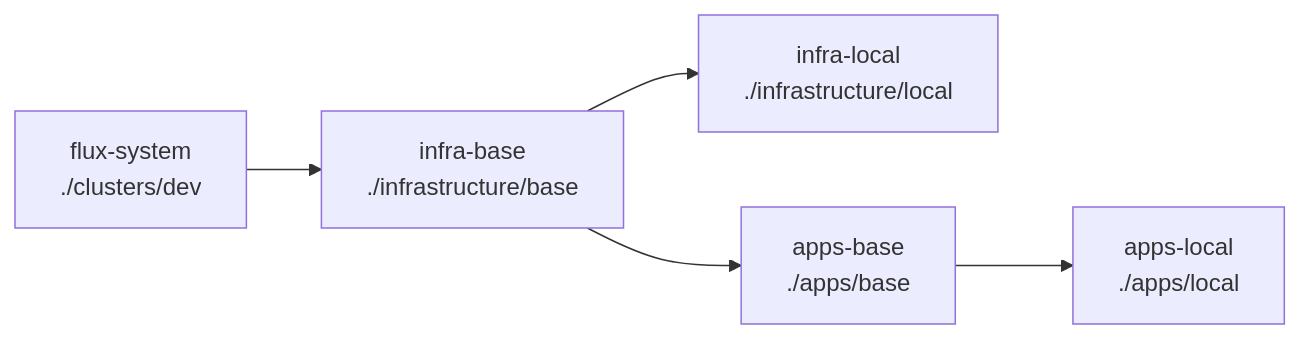
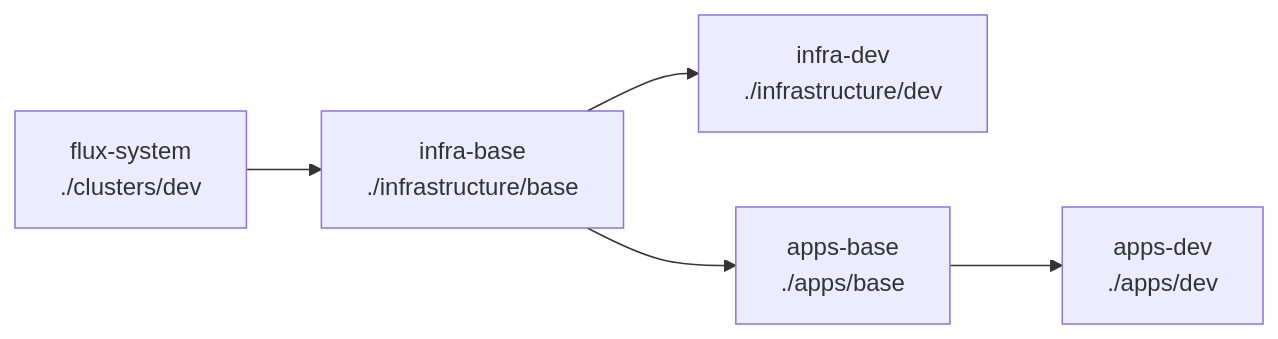
One commit to bourbonfgiles/kube_local changed the second of 2 diagrams in docs/02-flux.md. Above: the diagram before and after it, drawn with Mermaid. The commit also changed other lines of this file and 12 other files, not shown here.

````diff
--- a/docs/02-flux.md
+++ b/docs/02-flux.md
@@ -225,7 +233,7 @@
 ```mermaid
 flowchart LR
   fs["flux-system<br/>./clusters/dev"] --> ib["infra-base<br/>./infrastructure/base"]
-  ib --> il["infra-local<br/>./infrastructure/local"]
+  ib --> il["infra-dev<br/>./infrastructure/dev"]
   ib --> ab["apps-base<br/>./apps/base"]
-  ab --> al["apps-local<br/>./apps/local"]
+  ab --> al["apps-dev<br/>./apps/dev"]
 ```
````
